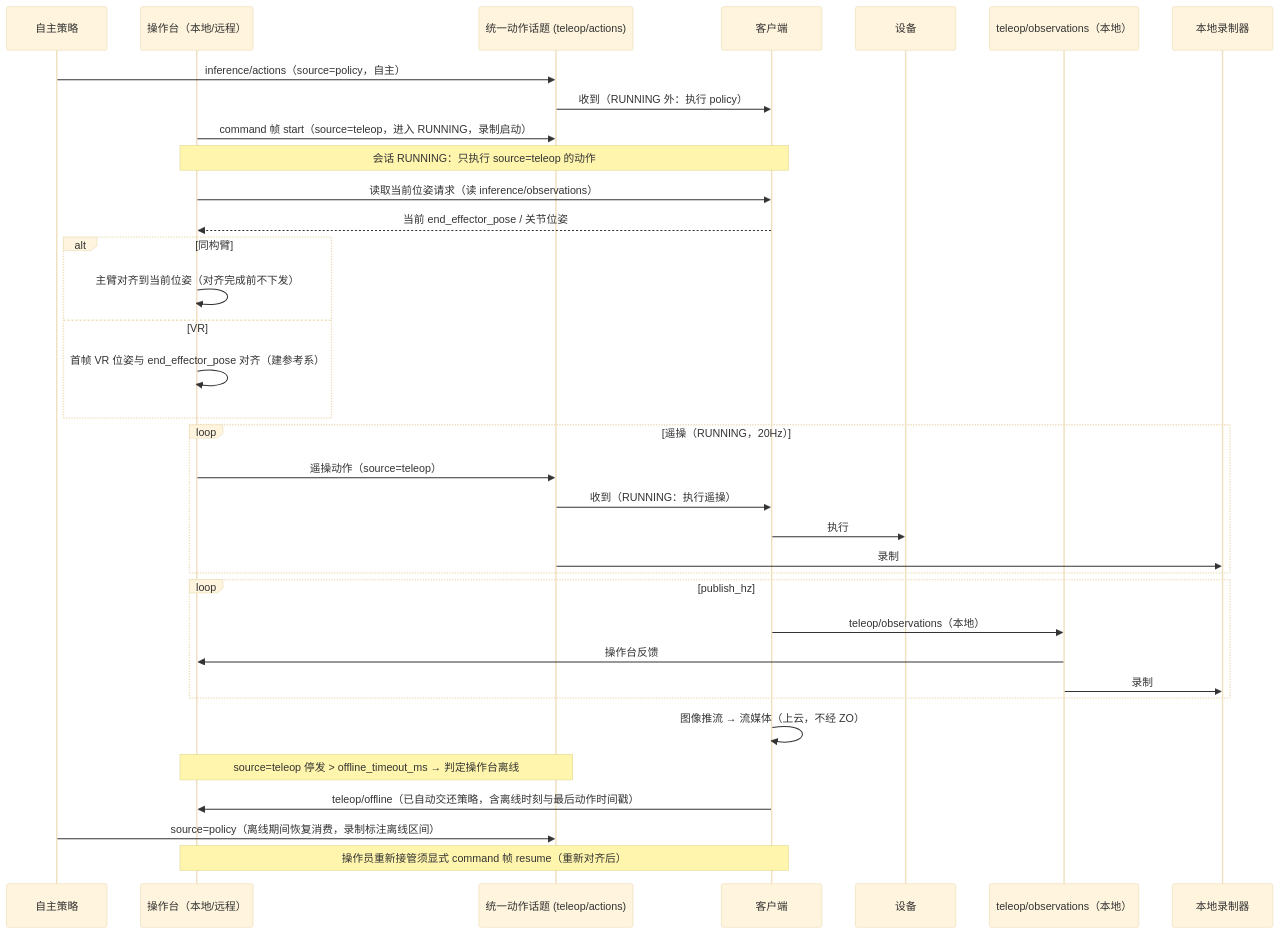
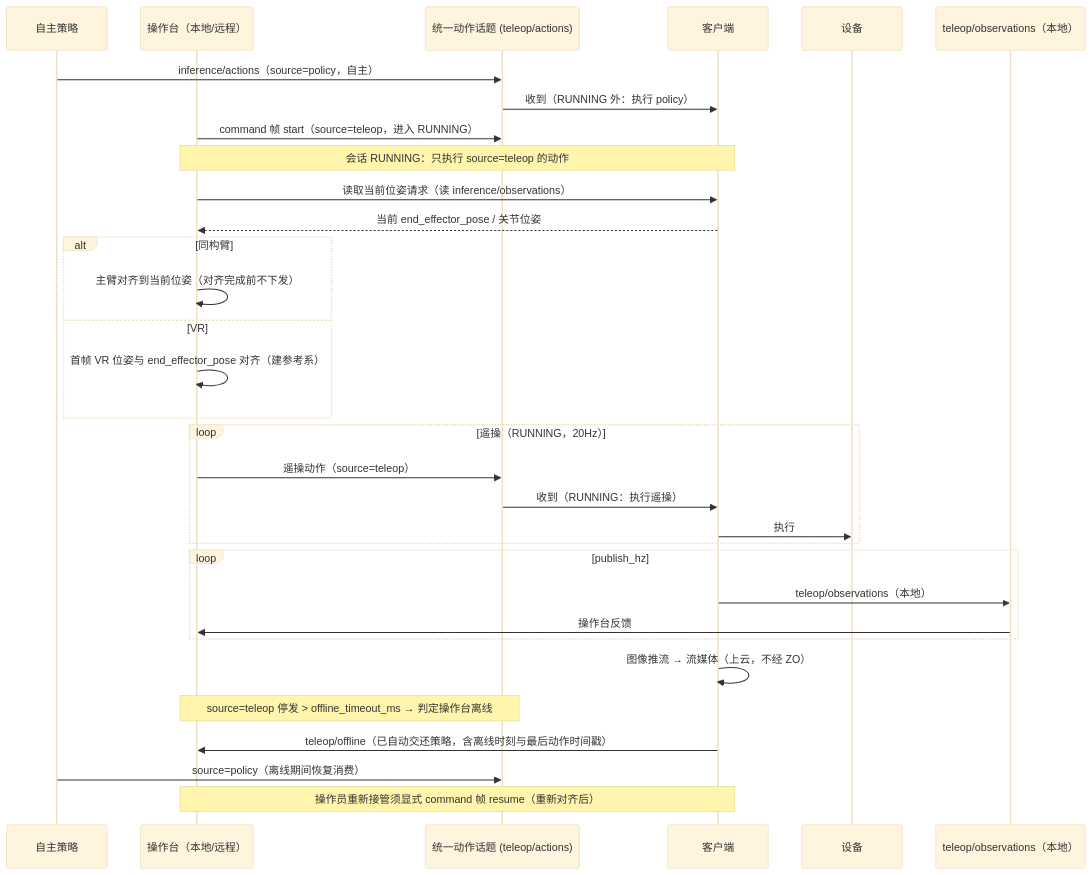
One commit to vincentguiling/cloudrobo-sdk-client changed the diagram in docs/design/r2c-teleop-data-collection-design.md. Above: the diagram before and after it, drawn with Mermaid (base theme). The commit also changed other lines of this file, not shown here.

````diff
--- a/docs/design/r2c-teleop-data-collection-design.md
+++ b/docs/design/r2c-teleop-data-collection-design.md
@@ -150,38 +142,35 @@
 ```mermaid
 sequenceDiagram
     participant P as 自主策略
     participant O as 操作台（本地/远程）
     participant ZA as 统一动作话题 (teleop/actions)
     participant C as 客户端
     participant F as 设备
     participant ZO as teleop/observations（本地）
-    participant R as 本地录制器
 
     P->>ZA: inference/actions（source=policy，自主）
     ZA->>C: 收到（RUNNING 外：执行 policy）
-    O->>ZA: command 帧 start（source=teleop，进入 RUNNING，录制启动）
+    O->>ZA: command 帧 start（source=teleop，进入 RUNNING）
     Note over O,C: 会话 RUNNING：只执行 source=teleop 的动作
     O->>C: 读取当前位姿请求（读 inference/observations）
     C-->>O: 当前 end_effector_pose / 关节位姿
     alt 同构臂
         O->>O: 主臂对齐到当前位姿（对齐完成前不下发）
     else VR
         O->>O: 首帧 VR 位姿与 end_effector_pose 对齐（建参考系）
     end
     loop 遥操（RUNNING，20Hz）
         O->>ZA: 遥操动作（source=teleop）
         ZA->>C: 收到（RUNNING：执行遥操）
         C->>F: 执行
-        ZA->>R: 录制
     end
     loop publish_hz
         C->>ZO: teleop/observations（本地）
         ZO->>O: 操作台反馈
-        ZO->>R: 录制
     end
     C->>C: 图像推流 → 流媒体（上云，不经 ZO）
     Note over O,ZA: source=teleop 停发 > offline_timeout_ms → 判定操作台离线
     C->>O: teleop/offline（已自动交还策略，含离线时刻与最后动作时间戳）
-    P->>ZA: source=policy（离线期间恢复消费，录制标注离线区间）
+    P->>ZA: source=policy（离线期间恢复消费）
     Note over O,C: 操作员重新接管须显式 command 帧 resume（重新对齐后）
 ```
````
